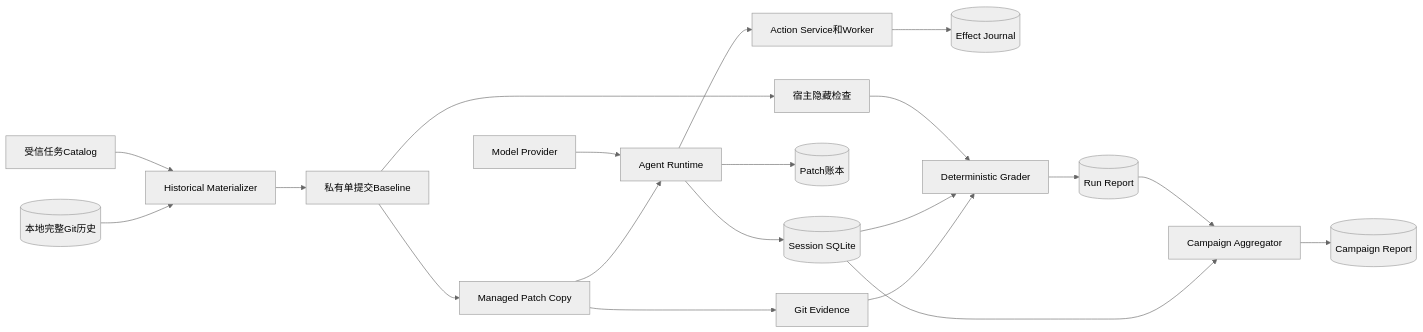
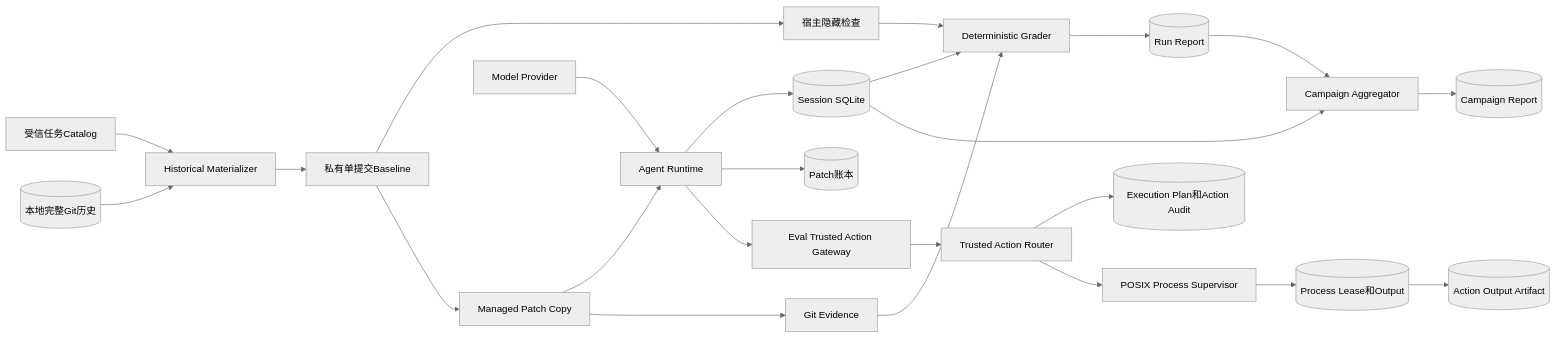
The first of 16 diagrams in docs/modules/evals.md (carrie1988/Harnessix), drawn with Mermaid (neutral theme) before and after one commit. The commit also changed other lines of this file and 33 other files, not shown here.

Commit message:
refactor: 将历史评测收敛至 Trusted Action

````diff
--- a/docs/modules/evals.md
+++ b/docs/modules/evals.md
@@ -157,22 +159,26 @@
 ```mermaid
 flowchart LR
     Catalog[受信任务Catalog] --> Materializer[Historical Materializer]
     Source[(本地完整Git历史)] --> Materializer
     Materializer --> Baseline[私有单提交Baseline]
     Baseline --> Checks[宿主隐藏检查]
     Baseline --> Copy[Managed Patch Copy]
     Provider[Model Provider] --> Runtime[Agent Runtime]
     Copy --> Runtime
     Runtime --> Session[(Session SQLite)]
     Runtime --> Patch[(Patch账本)]
-    Runtime --> Action[Action Service和Worker]
-    Action --> Effects[(Effect Journal)]
+    Runtime --> Gateway[Eval Trusted Action Gateway]
+    Gateway --> Router[Trusted Action Router]
+    Router --> Plan[(Execution Plan和Action Audit)]
+    Router --> Owner[POSIX Process Supervisor]
+    Owner --> Lease[(Process Lease和Output)]
+    Lease --> Artifact[(Action Output Artifact)]
     Checks --> Grader[Deterministic Grader]
     Session --> Grader
     Copy --> GitEvidence[Git Evidence]
     GitEvidence --> Grader
     Grader --> Report[(Run Report)]
     Report --> Campaign[Campaign Aggregator]
     Session --> Campaign
     Campaign --> CampaignReport[(Campaign Report)]
 ```
````
